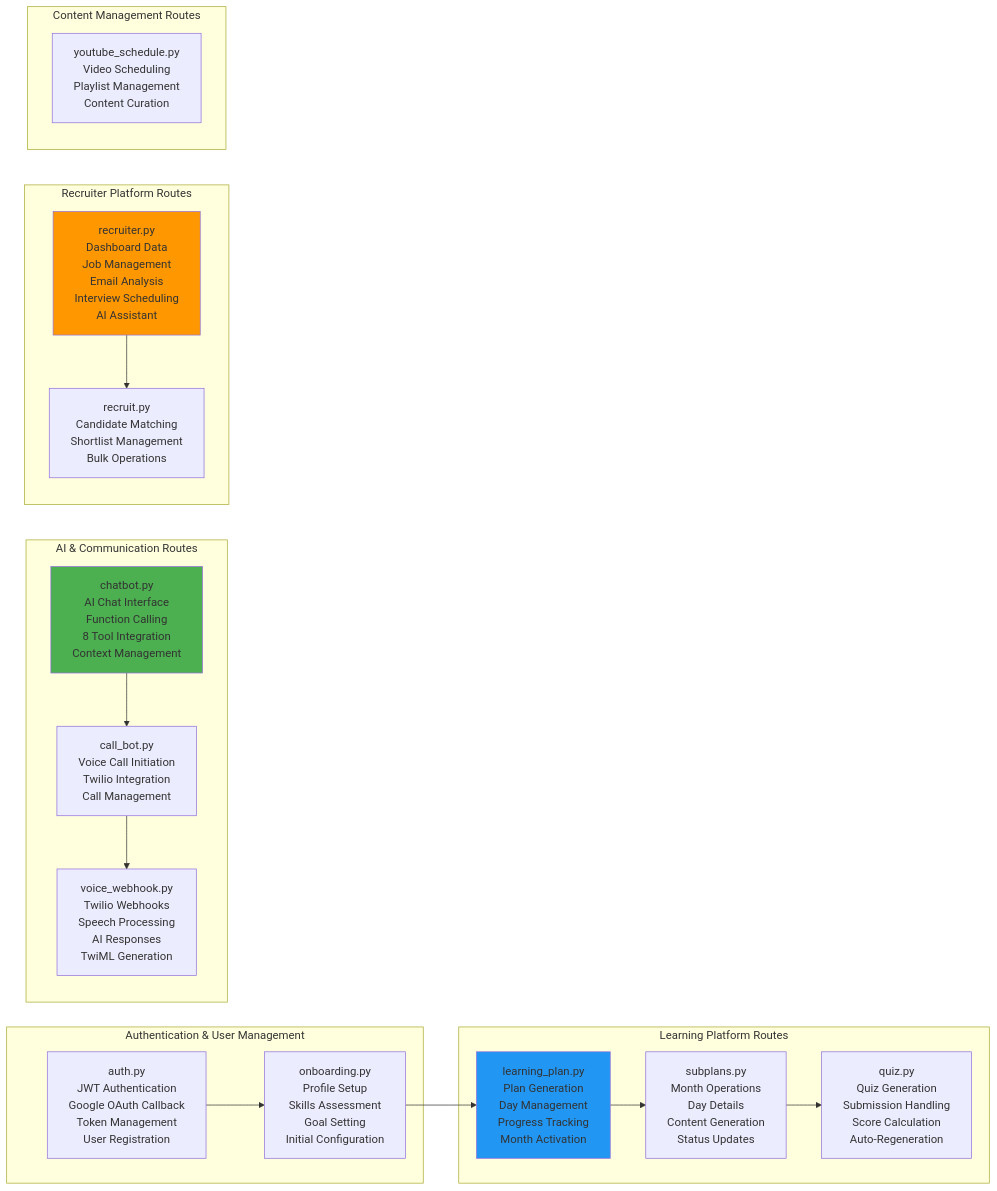
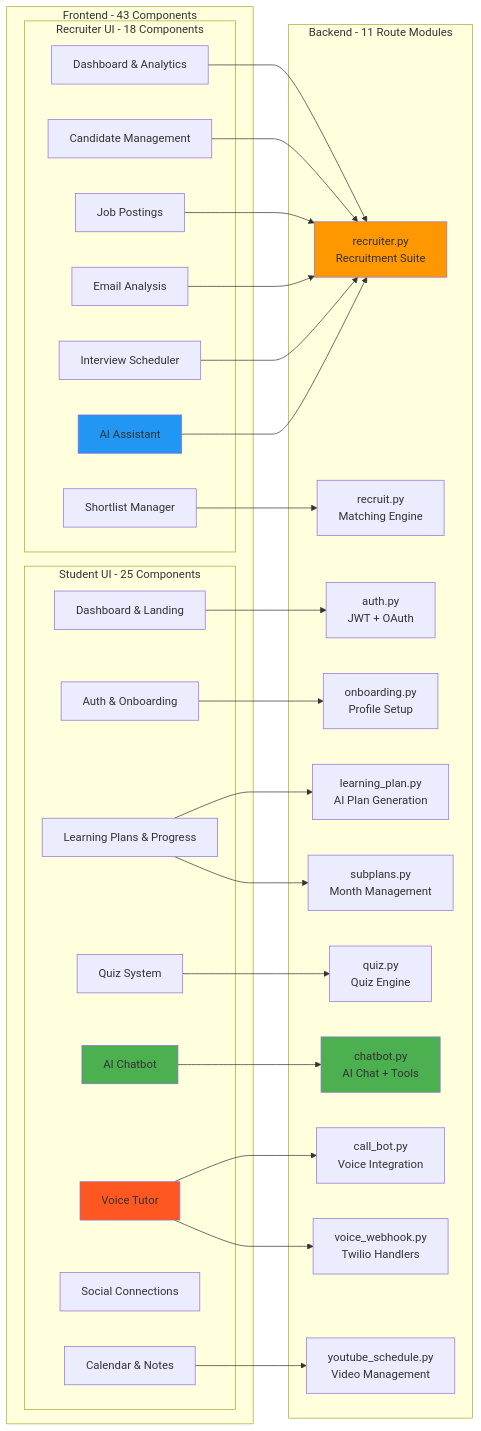
Before and after one commit to abhiabhi150614/fast-api-learning: the second of 5 diagrams in README.md, drawn with Mermaid. The commit also changed other lines of this file, not shown here.

````diff
--- a/README.md
+++ b/README.md
@@ -240,40 +112,63 @@
 ```mermaid
 graph LR
-    subgraph "Authentication & User Management"
-        AUTH[auth.py<br/>JWT Authentication<br/>Google OAuth Callback<br/>Token Management<br/>User Registration]
-        ONBOARD[onboarding.py<br/>Profile Setup<br/>Skills Assessment<br/>Goal Setting<br/>Initial Configuration]
+    subgraph "Frontend - 43 Components"
+        subgraph "Student UI - 25 Components"
+            S1[Dashboard & Landing]
+            S2[Auth & Onboarding]
+            S3[Learning Plans & Progress]
+            S4[Quiz System]
+            S5[AI Chatbot]
+            S6[Voice Tutor]
+            S7[Social Connections]
+            S8[Calendar & Notes]
+        end
+        
+        subgraph "Recruiter UI - 18 Components"
+            R1[Dashboard & Analytics]
+            R2[Candidate Management]
+            R3[Job Postings]
+            R4[Email Analysis]
+            R5[Interview Scheduler]
+            R6[AI Assistant]
+            R7[Shortlist Manager]
+        end
     end
     
-    subgraph "Learning Platform Routes"
-        LEARNING_PLAN[learning_plan.py<br/>Plan Generation<br/>Day Management<br/>Progress Tracking<br/>Month Activation]
-        SUBPLANS[subplans.py<br/>Month Operations<br/>Day Details<br/>Content Generation<br/>Status Updates]
-        QUIZ[quiz.py<br/>Quiz Generation<br/>Submission Handling<br/>Score Calculation<br/>Auto-Regeneration]
+    subgraph "Backend - 11 Route Modules"
+        B1[auth.py<br/>JWT + OAuth]
+        B2[onboarding.py<br/>Profile Setup]
+        B3[learning_plan.py<br/>AI Plan Generation]
+        B4[subplans.py<br/>Month Management]
+        B5[quiz.py<br/>Quiz Engine]
+        B6[chatbot.py<br/>AI Chat + Tools]
+        B7[call_bot.py<br/>Voice Integration]
+        B8[voice_webhook.py<br/>Twilio Handlers]
+        B9[recruiter.py<br/>Recruitment Suite]
+        B10[recruit.py<br/>Matching Engine]
+        B11[youtube_schedule.py<br/>Video Management]
     end
     
-    subgraph "AI & Communication Routes"
-        CHATBOT[chatbot.py<br/>AI Chat Interface<br/>Function Calling<br/>8 Tool Integration<br/>Context Management]
-        CALL_BOT[call_bot.py<br/>Voice Call Initiation<br/>Twilio Integration<br/>Call Management]
-        VOICE_WEBHOOK[voice_webhook.py<br/>Twilio Webhooks<br/>Speech Processing<br/>AI Responses<br/>TwiML Generation]
-    end
+    S1 --> B1
+    S2 --> B2
+    S3 --> B3
+    S3 --> B4
+    S4 --> B5
+    S5 --> B6
+    S6 --> B7
+    S6 --> B8
+    S8 --> B11
     
-    subgraph "Recruiter Platform Routes"
-        RECRUITER[recruiter.py<br/>Dashboard Data<br/>Job Management<br/>Email Analysis<br/>Interview Scheduling<br/>AI Assistant]
-        RECRUIT[recruit.py<br/>Candidate Matching<br/>Shortlist Management<br/>Bulk Operations]
-    end
+    R1 --> B9
+    R2 --> B9
+    R3 --> B9
+    R4 --> B9
+    R5 --> B9
+    R6 --> B9
+    R7 --> B10
     
-    subgraph "Content Management Routes"
-        YOUTUBE[youtube_schedule.py<br/>Video Scheduling<br/>Playlist Management<br/>Content Curation]
-    end
-    
-    AUTH --> ONBOARD
-    ONBOARD --> LEARNING_PLAN
-    LEARNING_PLAN --> SUBPLANS
-    SUBPLANS --> QUIZ
-    CHATBOT --> CALL_BOT
-    CALL_BOT --> VOICE_WEBHOOK
-    RECRUITER --> RECRUIT
-    
-    style CHATBOT fill:#4CAF50
-    style RECRUITER fill:#FF9800
-    style LEARNING_PLAN fill:#2196F3
+    style S5 fill:#4CAF50
+    style S6 fill:#FF5722
+    style R6 fill:#2196F3
+    style B6 fill:#4CAF50
+    style B9 fill:#FF9800
 ```
````
